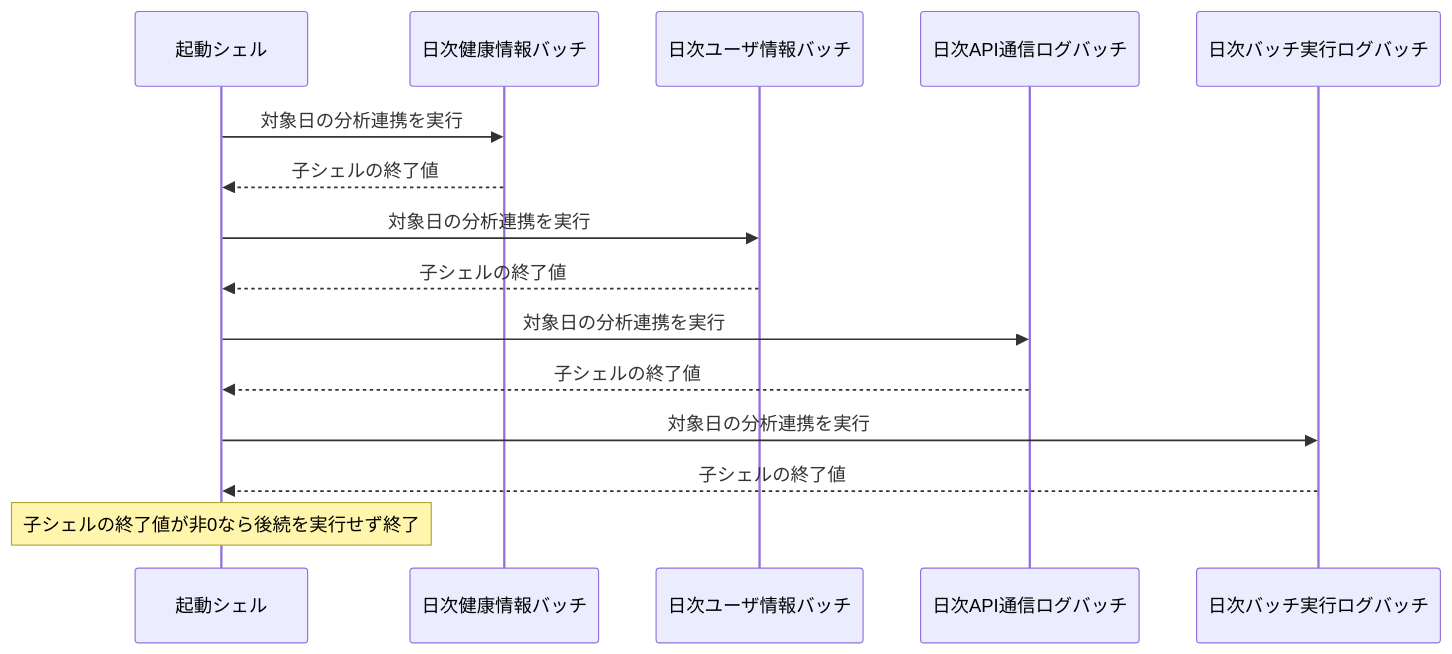
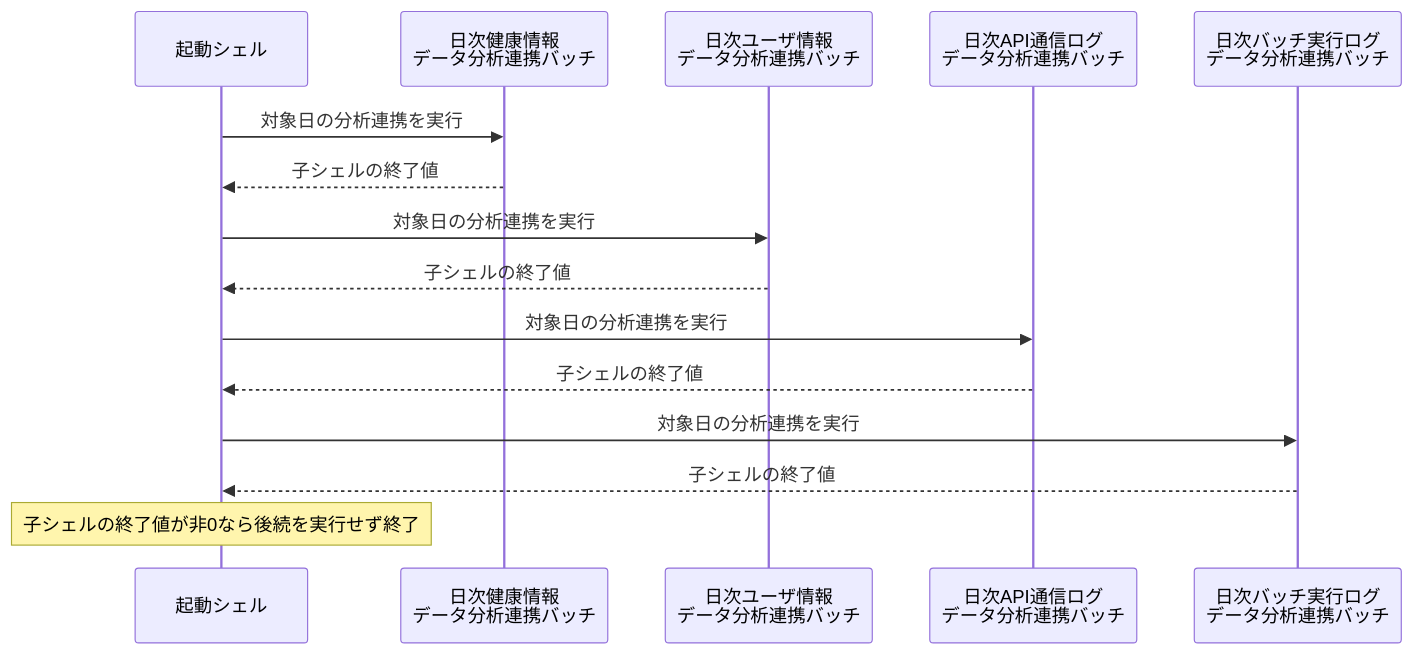
One commit to kohei-okazaki/work-3g changed the first of 2 diagrams in ha-docs/design/03_batch/設計書_3.5.日次データ分析連携JobSet.md. Above: the diagram before and after it, drawn with Mermaid. The commit also changed other lines of this file and 57 other files, not shown here.

````diff
--- a/ha-docs/design/03_batch/設計書_3.5.日次データ分析連携JobSet.md
+++ b/ha-docs/design/03_batch/設計書_3.5.日次データ分析連携JobSet.md
@@ -11,17 +11,17 @@
 ```mermaid
 sequenceDiagram
     participant S as 起動シェル
-    participant H as 日次健康情報バッチ
-    participant U as 日次ユーザ情報バッチ
-    participant A as 日次API通信ログバッチ
-    participant L as 日次バッチ実行ログバッチ
+    participant H as 日次健康情報<br>データ分析連携バッチ
+    participant U as 日次ユーザ情報<br>データ分析連携バッチ
+    participant A as 日次API通信ログ<br>データ分析連携バッチ
+    participant L as 日次バッチ実行ログ<br>データ分析連携バッチ
     S->>H: 対象日の分析連携を実行
     H-->>S: 子シェルの終了値
     S->>U: 対象日の分析連携を実行
     U-->>S: 子シェルの終了値
     S->>A: 対象日の分析連携を実行
     A-->>S: 子シェルの終了値
     S->>L: 対象日の分析連携を実行
     L-->>S: 子シェルの終了値
     Note over S: 子シェルの終了値が非0なら後続を実行せず終了
 ```
````
